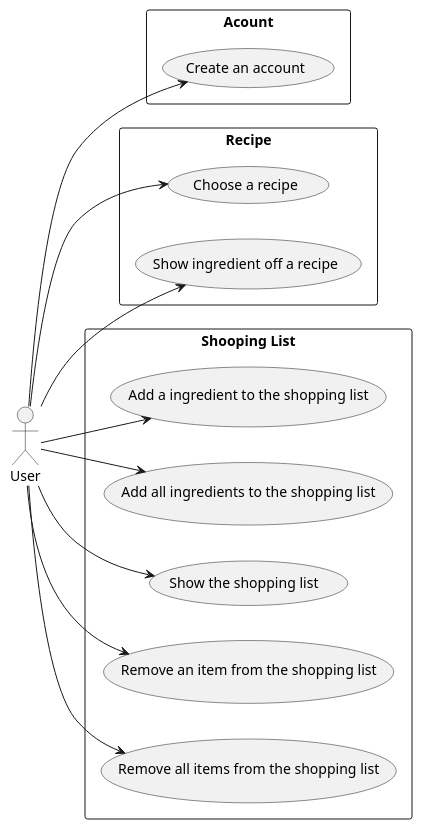
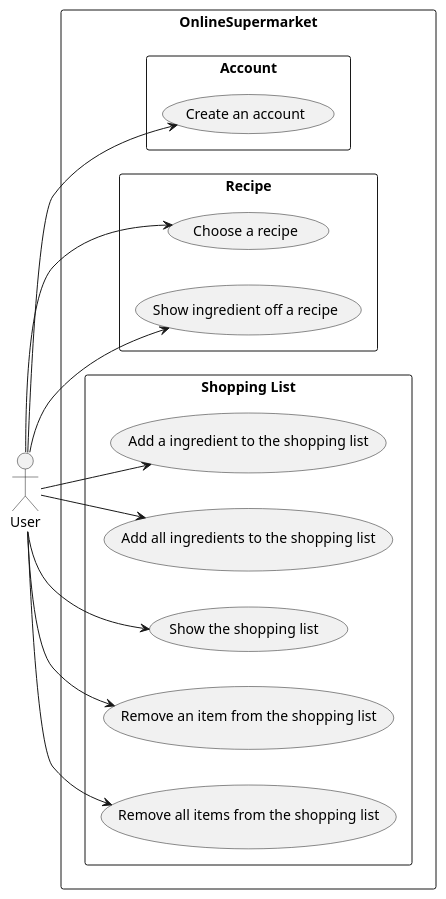
One commit to IsepMartimOliveira/DSSMV_ProjectDroid_1181754 changed the diagram in Documents/UCD.puml. Above: the diagram before and after it, drawn with PlantUML. The commit also changed 4 other files, not shown here.

```diff
--- a/Documents/UCD.puml
+++ b/Documents/UCD.puml
@@ -1,28 +1,28 @@
 @startuml
 left to right direction
 
 actor User
-
-rectangle "Acount" {
+rectangle "OnlineSupermarket"{
+rectangle "Account" {
     User --> (Create an account)
 
 }
 
 rectangle "Recipe"{
 User --> (Choose a recipe)
 User -->(Show ingredient off a recipe)
 }
 
-rectangle "Shooping List" {
+rectangle "Shopping List" {
 
     User -->(Add a ingredient to the shopping list)
     User -->(Add all ingredients to the shopping list)
 
     User -->(Show the shopping list )
     User -->(Remove an item from the shopping list)
     User -->(Remove all items from the shopping list)
 
 }
-
+}
 
 @enduml
```
